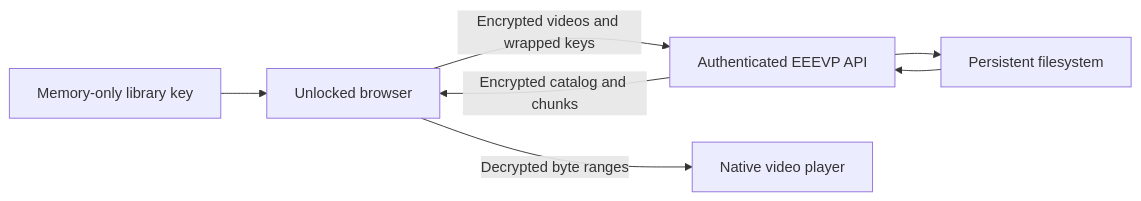
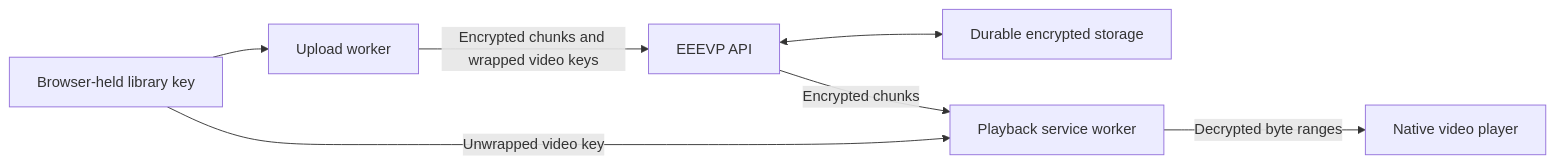
One commit to icoretech/eeevp changed the diagram in README.md. Above: the diagram before and after it, drawn with Mermaid. The commit also changed other lines of this file and 99 other files, not shown here.

First line of the commit message:
feat: stream browser-decrypted videos from a read-only demo library

````diff
--- a/README.md
+++ b/README.md
@@ -32,9 +42,9 @@
 ```mermaid
 flowchart LR
-    K[Memory-only library key] --> B[Unlocked browser]
-    B -->|Encrypted videos and wrapped keys| S[Authenticated EEEVP API]
-    S --> D[Persistent filesystem]
-    D --> S
-    S -->|Encrypted catalog and chunks| B
-    B -->|Decrypted byte ranges| P[Native video player]
+    K[Browser-held library key] --> W[Upload worker]
+    W -->|Encrypted chunks and wrapped video keys| A[EEEVP API]
+    A <--> D[Durable encrypted storage]
+    A -->|Encrypted chunks| S[Playback service worker]
+    K -->|Unwrapped video key| S
+    S -->|Decrypted byte ranges| V[Native video player]
 ```
````
